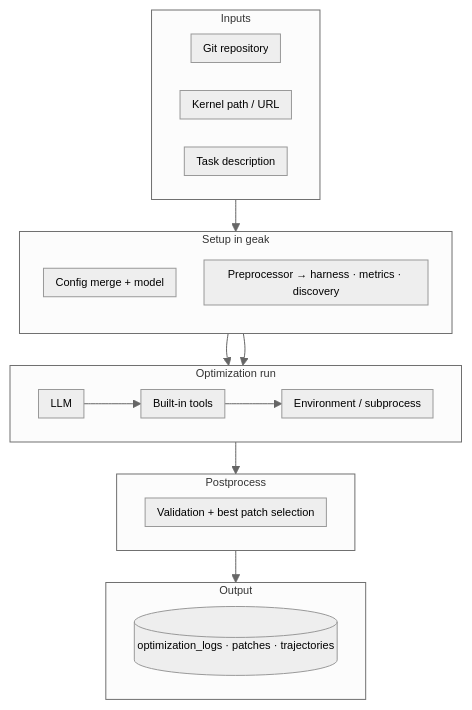
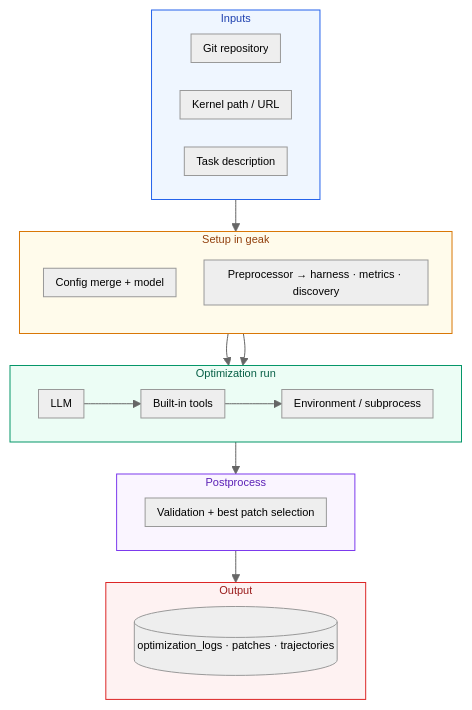
Before and after one commit to Bsgg1/GEAK: the diagram in README.md, drawn with Mermaid. The commit also changed other lines of this file and 1 other file, not shown here.

First line of the commit message:
docs: revert config merge order and mermaid color changes, fix backtick

````diff
--- a/README.md
+++ b/README.md
@@ -15,38 +15,44 @@
 ```mermaid
 %%{init: {"theme": "neutral", "flowchart": {"curve": "basis", "padding": 6, "nodeSpacing": 28, "rankSpacing": 32}, "themeVariables": {"fontSize": "11px", "fontFamily": "ui-sans-serif, system-ui, sans-serif"}}}%%
 flowchart TB
   subgraph Inputs
     direction LR
     R[Git repository]
     K[Kernel path / URL]
     T[Task description]
   end
 
   subgraph Setup["Setup in geak"]
     direction TB
     CFG[Config merge + model]
     PRE[Preprocessor → harness · metrics · discovery]
   end
 
   subgraph OptRun["Optimization run"]
     direction LR
     LLM[LLM]
     TOOL[Built-in tools]
     ENV[Environment / subprocess]
     LLM --> TOOL --> ENV
   end
 
   subgraph POSTPROC["Postprocess"]
     SEL[Validation + best patch selection]
   end
 
   subgraph OUT["Output"]
     OP[(optimization_logs · patches · trajectories)]
   end
 
   Inputs --> Setup
   CFG --> OptRun
   PRE --> OptRun
   OptRun --> POSTPROC
   POSTPROC --> OUT
+
+  style Inputs fill:#eff6ff,stroke:#2563eb,stroke-width:1px,color:#1e40af
+  style Setup fill:#fffbeb,stroke:#d97706,stroke-width:1px,color:#92400e
+  style OptRun fill:#ecfdf5,stroke:#059669,stroke-width:1px,color:#065f46
+  style POSTPROC fill:#faf5ff,stroke:#7c3aed,stroke-width:1px,color:#5b21b6
+  style OUT fill:#fef2f2,stroke:#dc2626,stroke-width:1px,color:#991b1b
 ```
````
